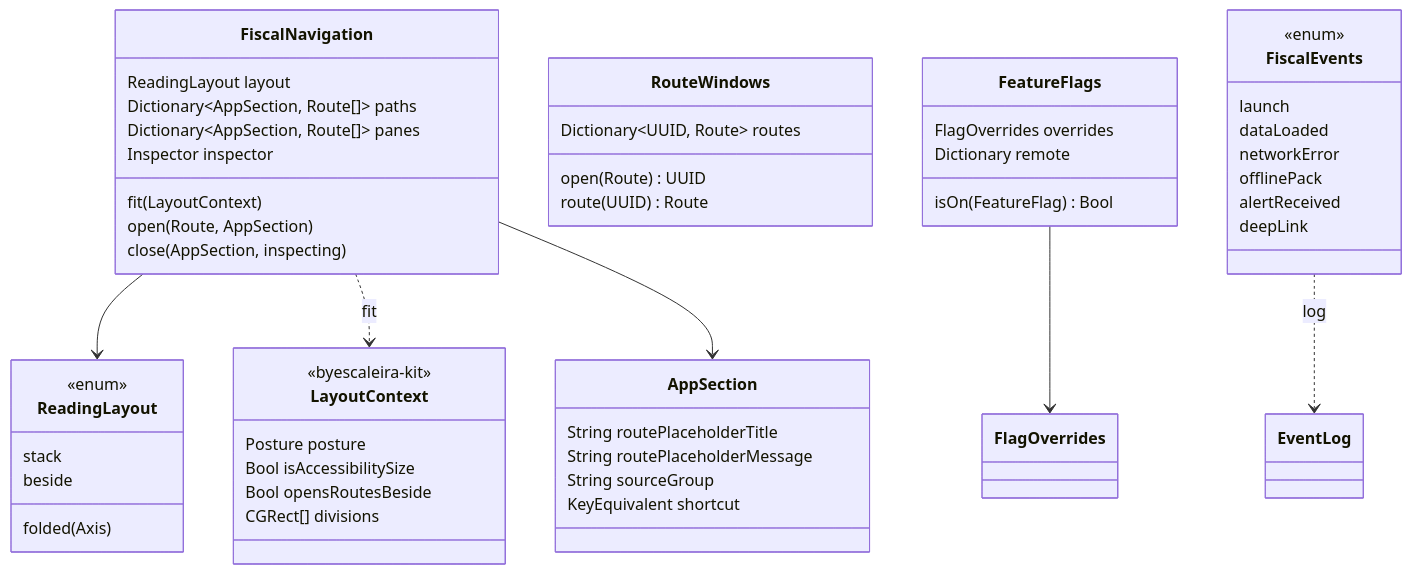
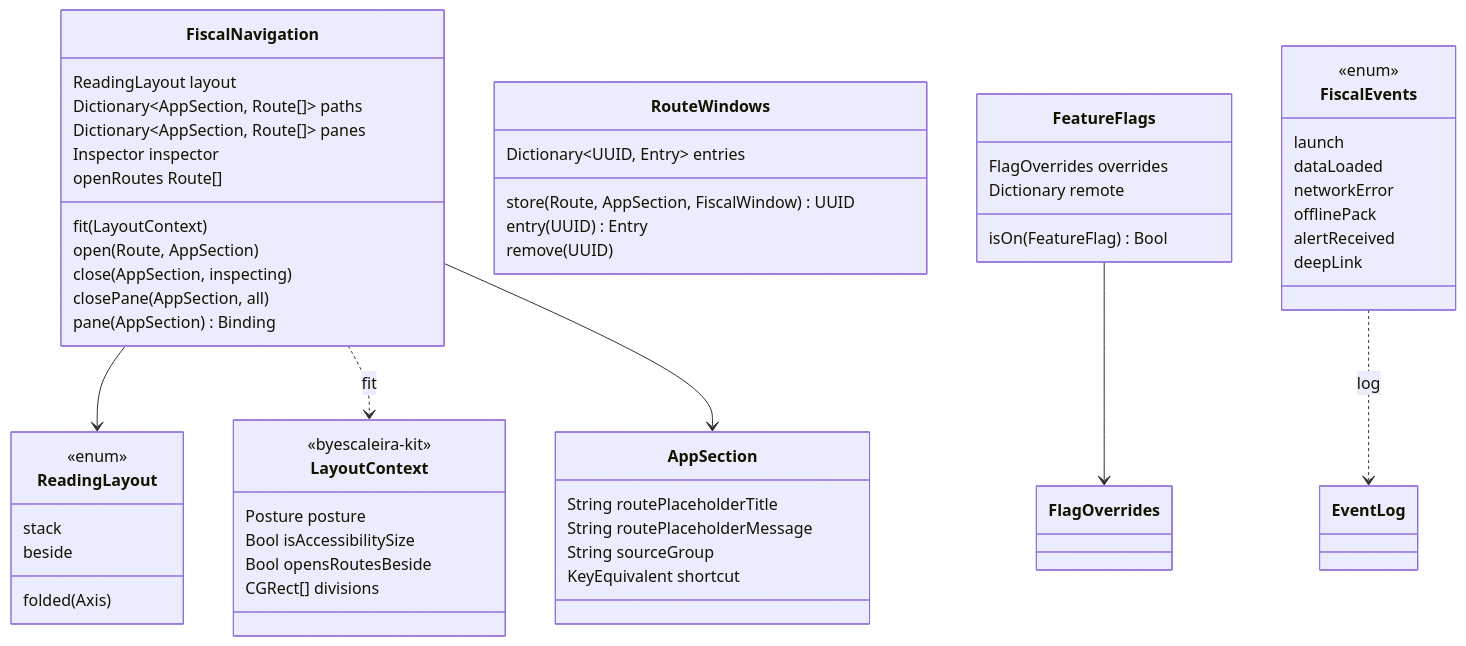
One commit to byescaleira/fiscal changed the diagram in spdd/prompt/FSC-008-202610311530-[Feat]-shell-fold-mac-vision-developer.md. Above: the diagram before and after it, drawn with Mermaid. The commit also changed other lines of this file and 11 other files, not shown here.

````diff
--- a/spdd/prompt/FSC-008-202610311530-[Feat]-shell-fold-mac-vision-developer.md
+++ b/spdd/prompt/FSC-008-202610311530-[Feat]-shell-fold-mac-vision-developer.md
@@ -60,55 +60,59 @@
 ```mermaid
 classDiagram
   class LayoutContext {
     <<byescaleira-kit>>
     Posture posture
     Bool isAccessibilitySize
     Bool opensRoutesBeside
     CGRect[] divisions
   }
   class ReadingLayout {
     <<enum>>
     stack
     beside
     folded(Axis)
   }
   class FiscalNavigation {
     ReadingLayout layout
     Dictionary~AppSection, Route[]~ paths
     Dictionary~AppSection, Route[]~ panes
     Inspector inspector
     fit(LayoutContext)
     open(Route, AppSection)
     close(AppSection, inspecting)
+    closePane(AppSection, all)
+    pane(AppSection) Binding
+    openRoutes Route[]
   }
   class AppSection {
     String routePlaceholderTitle
     String routePlaceholderMessage
     String sourceGroup
     KeyEquivalent shortcut
   }
   class RouteWindows {
-    Dictionary~UUID, Route~ routes
-    open(Route) UUID
-    route(UUID) Route
+    Dictionary~UUID, Entry~ entries
+    store(Route, AppSection, FiscalWindow) UUID
+    entry(UUID) Entry
+    remove(UUID)
   }
   class FeatureFlags {
     FlagOverrides overrides
     Dictionary remote
     isOn(FeatureFlag) Bool
   }
   class FiscalEvents {
     <<enum>>
     launch
     dataLoaded
     networkError
     offlinePack
     alertReceived
     deepLink
   }
   FiscalNavigation --> ReadingLayout
   FiscalNavigation ..> LayoutContext : fit
   FiscalNavigation --> AppSection
   FeatureFlags --> FlagOverrides
   FiscalEvents ..> EventLog : log
 ```
````
